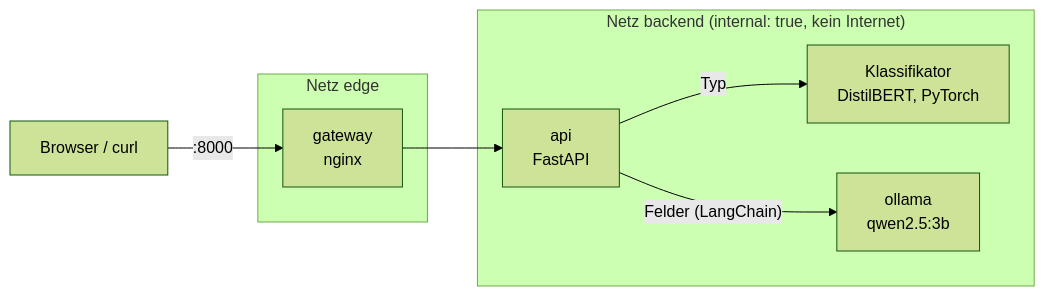
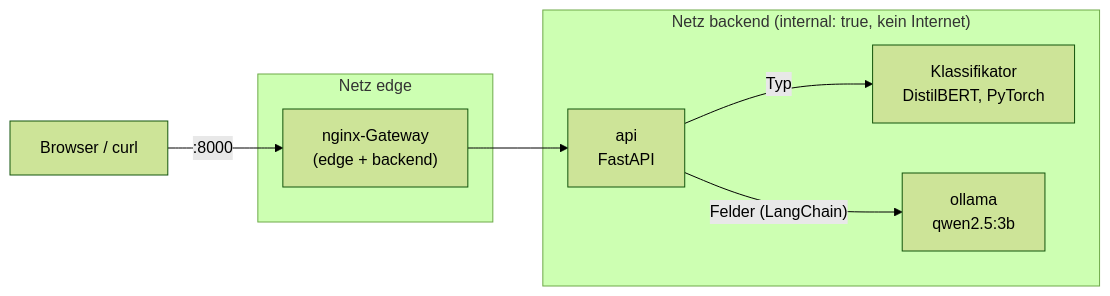
The diagram in README.md (cazualderpy/mail-router), drawn with Mermaid (forest theme) before and after one commit. The commit also changed other lines of this file and 1 other file, not shown here.

````diff
--- a/README.md
+++ b/README.md
@@ -14,12 +14,12 @@
 ```mermaid
 flowchart LR
-    U[Browser / curl] -->|":8000"| G[gateway<br/>nginx]
+    U[Browser / curl] -->|":8000"| G["nginx-Gateway<br/>(edge + backend)"]
     subgraph edge["Netz edge"]
         G
     end
     subgraph backend["Netz backend (internal: true, kein Internet)"]
         G --> A[api<br/>FastAPI]
         A -->|Typ| C[Klassifikator<br/>DistilBERT, PyTorch]
         A -->|"Felder (LangChain)"| O[ollama<br/>qwen2.5:3b]
     end
 ```
````
